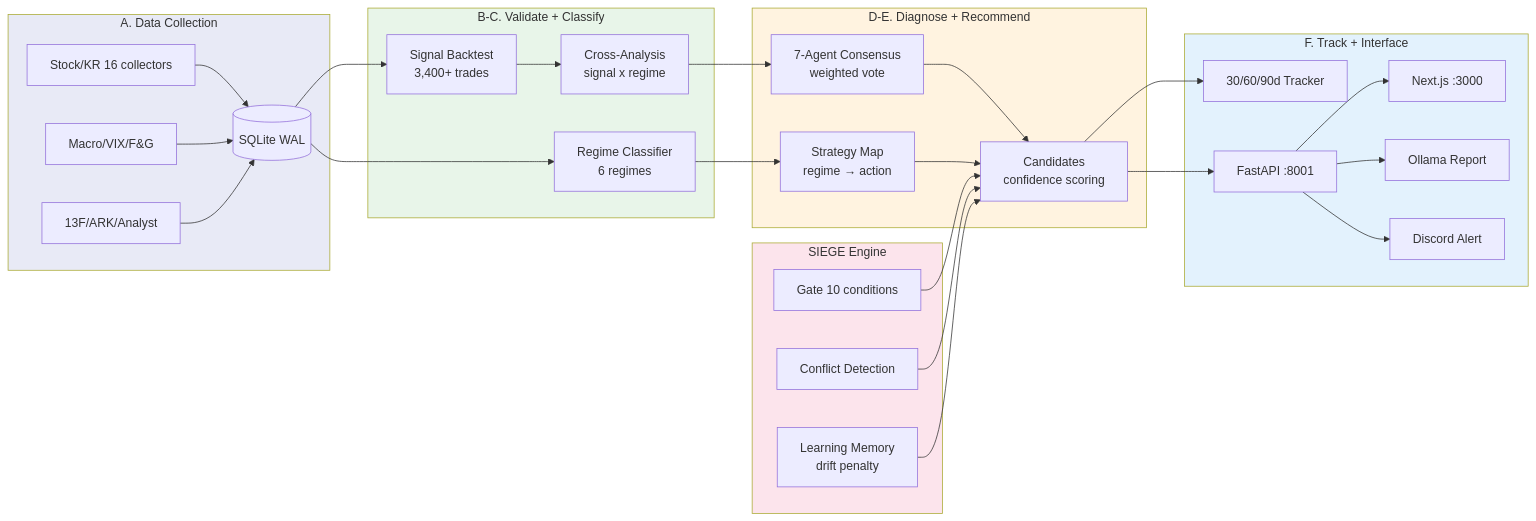
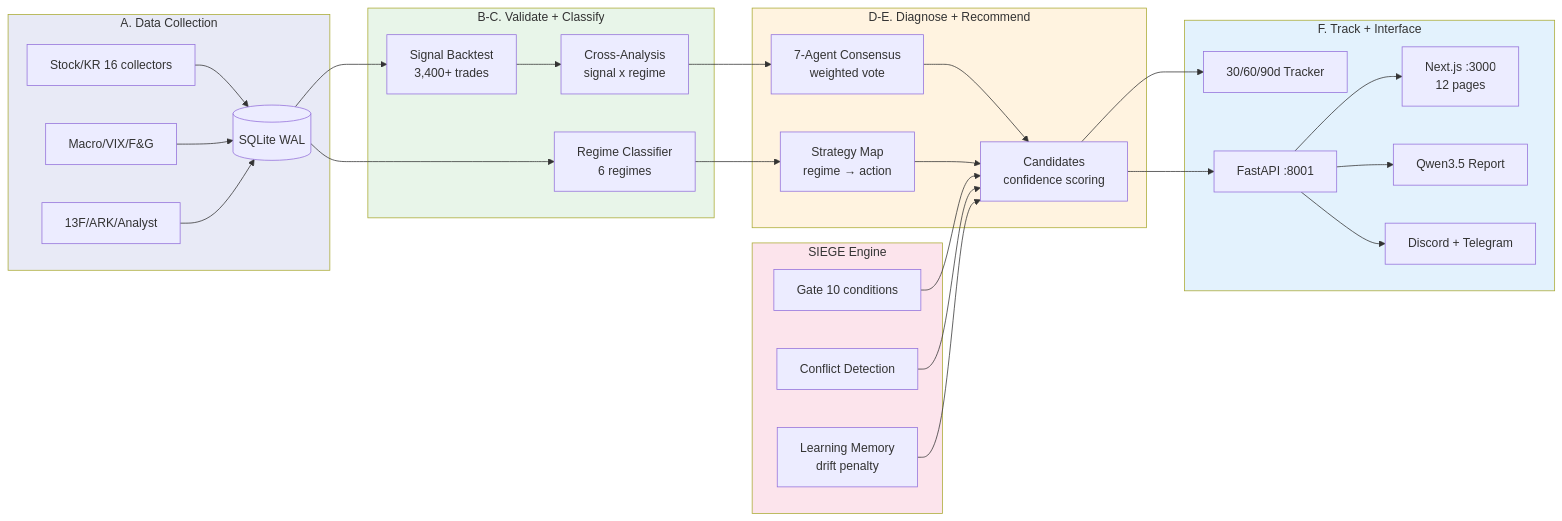
Before and after one commit to researcherhojin/nuri-quant: the diagram in README.md, drawn with Mermaid. The commit also changed other lines of this file, not shown here.

First line of the commit message:
docs: final README refactor — accurate counts + completed roadmap + next phase

````diff
--- a/README.md
+++ b/README.md
@@ -139,40 +139,40 @@
 ```mermaid
 graph LR
     subgraph Collect["A. Data Collection"]
         style Collect fill:#e8eaf6
         S[Stock/KR 16 collectors] --> DB[(SQLite WAL)]
         M[Macro/VIX/F&G] --> DB
         F[13F/ARK/Analyst] --> DB
     end
 
     subgraph Validate["B-C. Validate + Classify"]
         style Validate fill:#e8f5e9
         DB --> BT[Signal Backtest<br/>3,400+ trades]
         DB --> RC[Regime Classifier<br/>6 regimes]
         BT --> XA[Cross-Analysis<br/>signal x regime]
     end
 
     subgraph Agents["D-E. Diagnose + Recommend"]
         style Agents fill:#fff3e0
         XA --> AG[7-Agent Consensus<br/>weighted vote]
         RC --> SM[Strategy Map<br/>regime → action]
         AG --> REC[Candidates<br/>confidence scoring]
         SM --> REC
     end
 
     subgraph Engine["SIEGE Engine"]
         style Engine fill:#fce4ec
         GT[Gate 10 conditions] --> REC
         CF[Conflict Detection] --> REC
         LM[Learning Memory<br/>drift penalty] --> REC
     end
 
     subgraph Output["F. Track + Interface"]
         style Output fill:#e3f2fd
         REC --> TK[30/60/90d Tracker]
         REC --> API[FastAPI :8001]
-        API --> NX[Next.js :3000]
-        API --> LLM[Ollama Report]
-        API --> DC[Discord Alert]
+        API --> NX[Next.js :3000<br/>12 pages]
+        API --> LLM[Qwen3.5 Report]
+        API --> DC[Discord + Telegram]
     end
 ```
````
